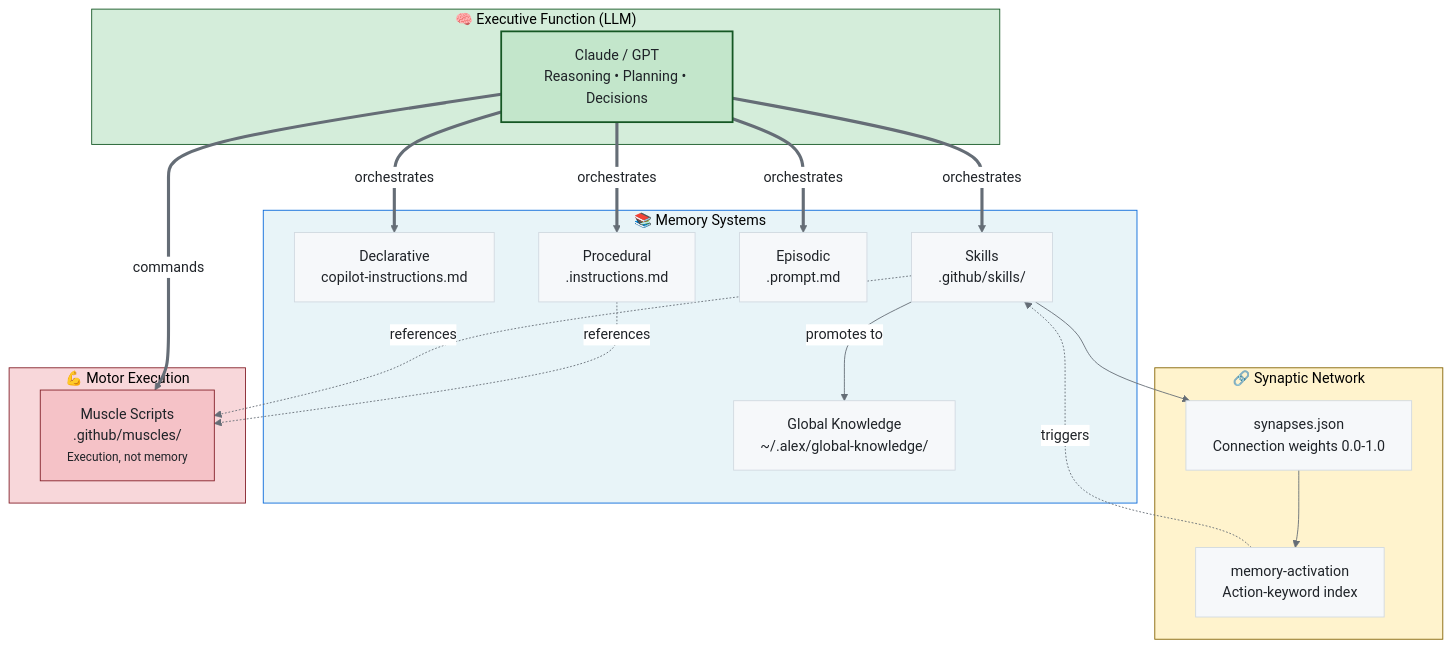
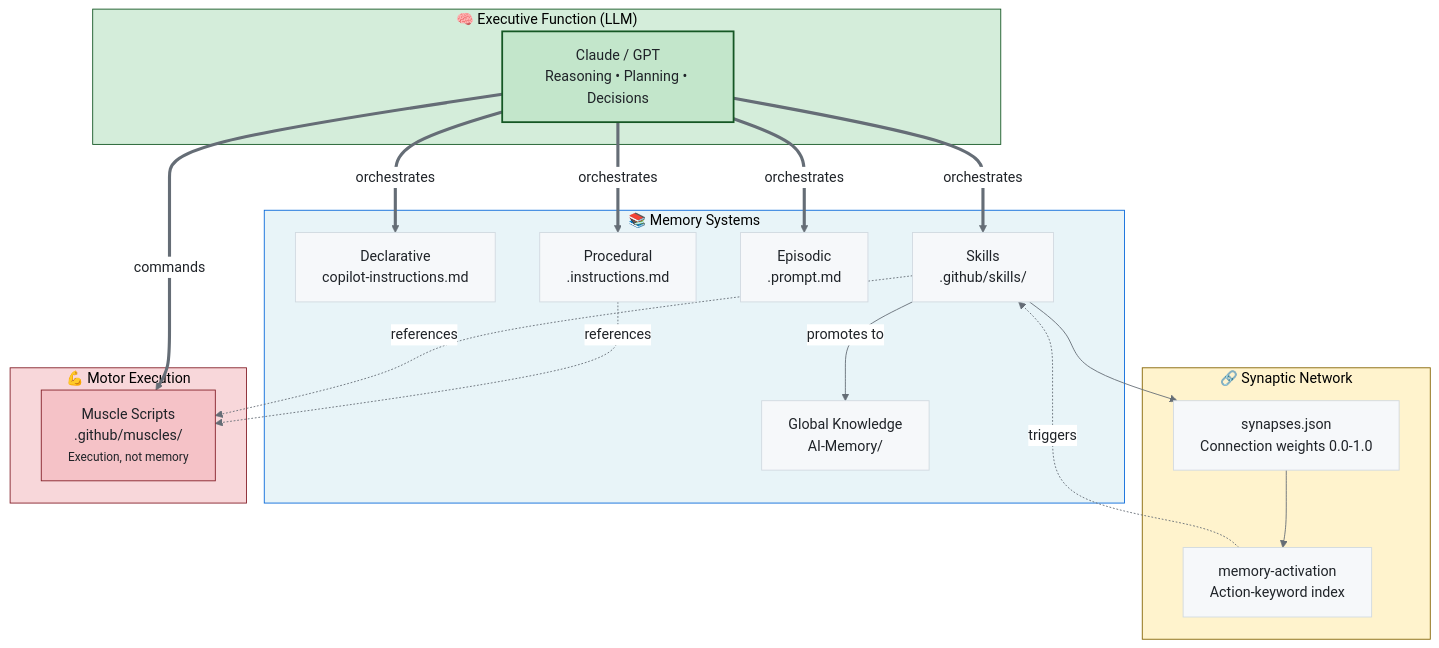
The first of 6 diagrams in alex_docs/skills/SKILLS-CATALOG.md (fabioc-aloha/Alex_Plug_In), drawn with Mermaid before and after one commit. The commit also changed other lines of this file and 85 other files, not shown here.

````diff
--- a/alex_docs/skills/SKILLS-CATALOG.md
+++ b/alex_docs/skills/SKILLS-CATALOG.md
@@ -285,40 +285,40 @@
 ```mermaid
 %%{init: {'theme': 'base', 'themeVariables': { 'primaryColor': '#f6f8fa', 'primaryTextColor': '#1f2328', 'primaryBorderColor': '#d1d9e0', 'lineColor': '#656d76', 'edgeLabelBackground': '#ffffff'}}}%%
 flowchart TB
     subgraph EXEC["🧠 Executive Function (LLM)"]
         LLM["Claude / GPT<br/>Reasoning • Planning • Decisions"]
     end
 
     subgraph MEMORY["📚 Memory Systems"]
         DM["Declarative<br/>copilot-instructions.md"]
         PM["Procedural<br/>.instructions.md"]
         EM["Episodic<br/>.prompt.md"]
         SK["Skills<br/>.github/skills/"]
-        GK["Global Knowledge<br/>~/.alex/global-knowledge/"]
+        GK["Global Knowledge<br/>AI-Memory/"]
     end
 
     subgraph SYNAPSES["🔗 Synaptic Network"]
         SYN["synapses.json<br/>Connection weights 0.0-1.0"]
         ACT["memory-activation<br/>Action-keyword index"]
     end
 
     subgraph MUSCLES["💪 Motor Execution"]
         MUS["Muscle Scripts<br/>.github/muscles/<br/><small>Execution, not memory</small>"]
     end
 
     LLM ==>|orchestrates| DM & PM & EM & SK
     SK --> SYN
     SYN --> ACT
     ACT -.->|triggers| SK
     SK -->|promotes to| GK
     LLM ==>|commands| MUS
     PM -.->|references| MUS
     SK -.->|references| MUS
 
     style EXEC fill:#d4edda,stroke:#155724
     style LLM fill:#c3e6cb,stroke:#155724,stroke-width:2px
     style MEMORY fill:#e8f4f8,stroke:#0969da
     style SYNAPSES fill:#fff3cd,stroke:#856404
     style MUSCLES fill:#f8d7da,stroke:#842029
     style MUS fill:#f5c2c7,stroke:#842029
 ```
````
